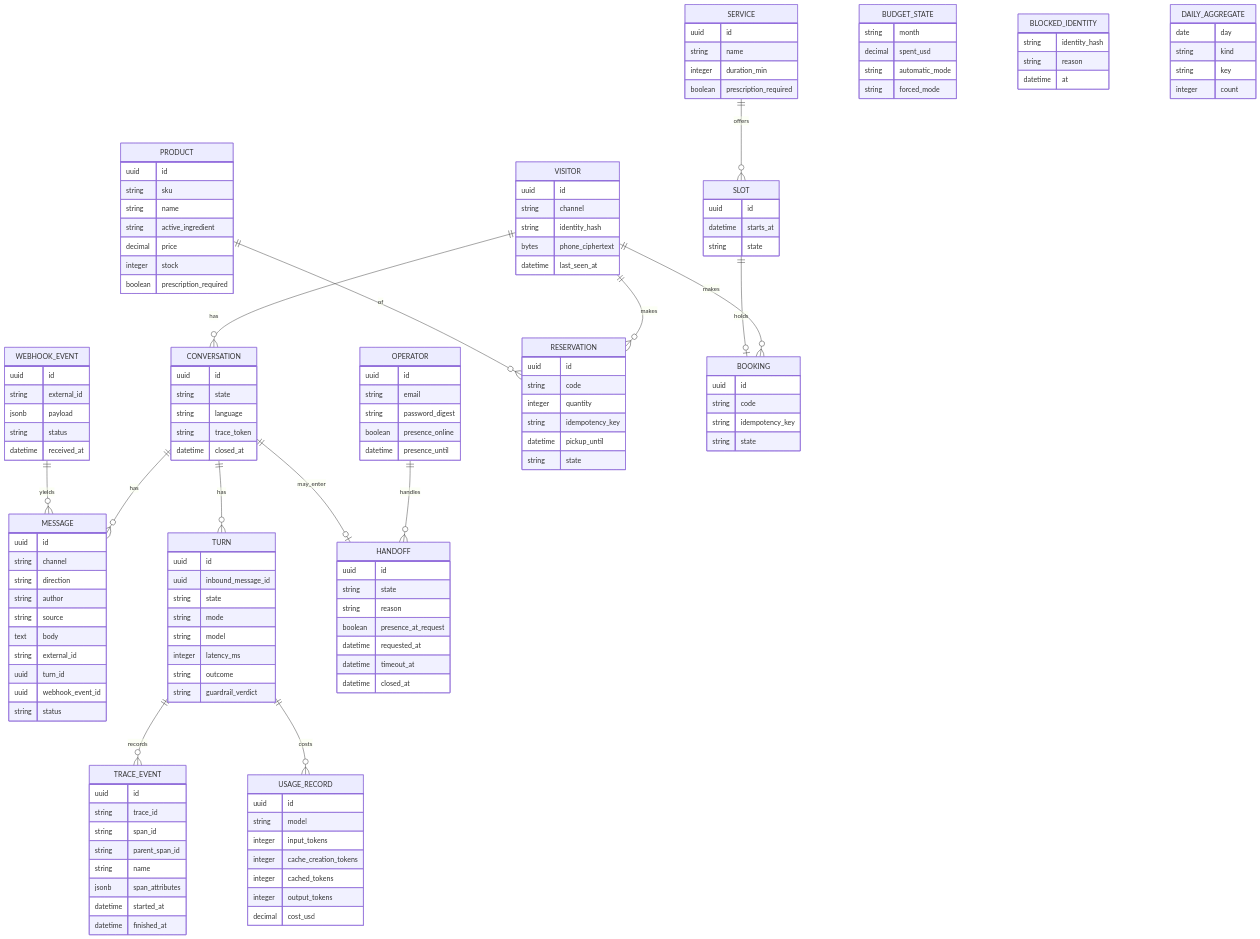
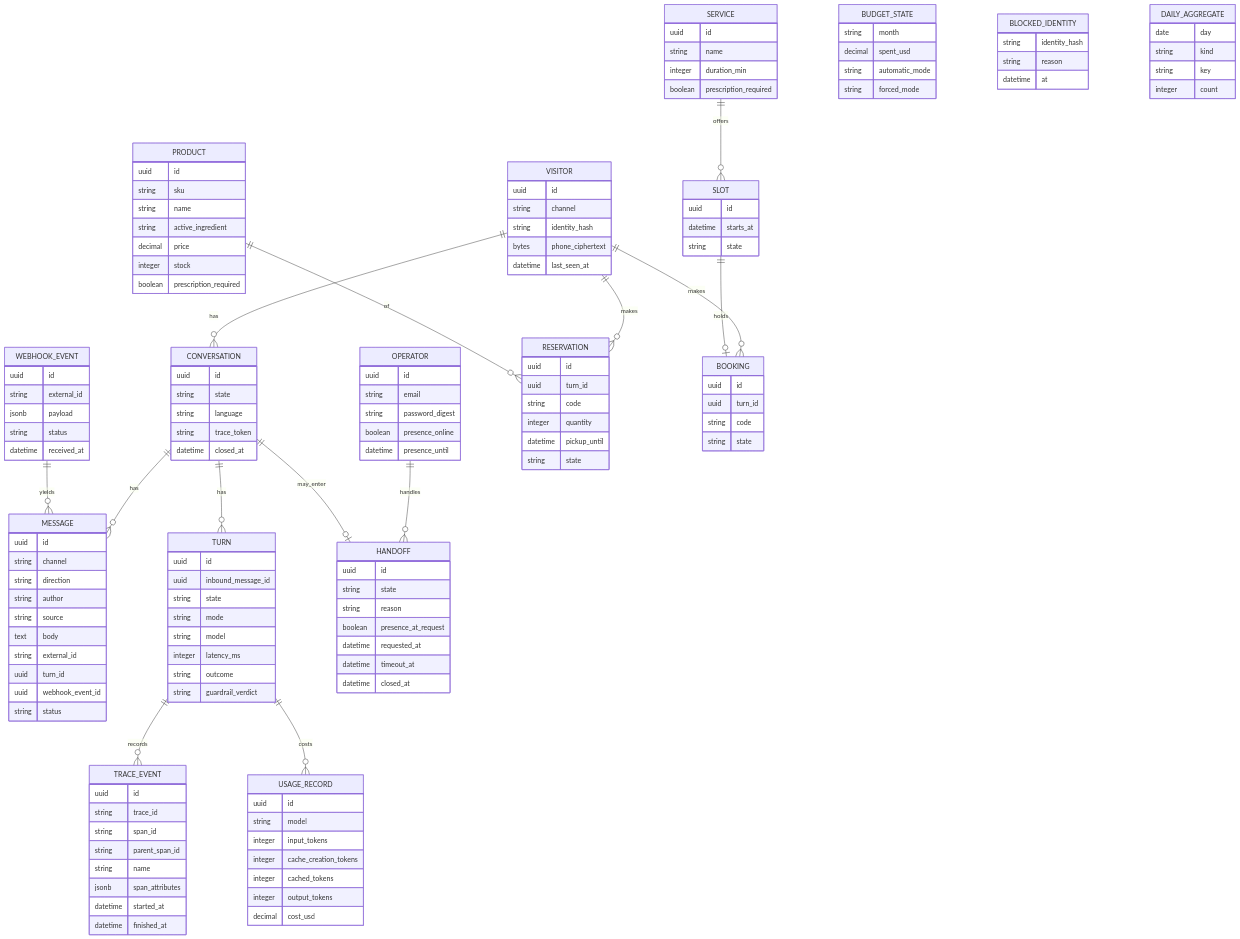
One commit to rafa-el-souza/balcao changed the third of 3 diagrams in docs/design.md. Above: the diagram before and after it, drawn with Mermaid. The commit also changed other lines of this file and 8 other files, not shown here.

First line of the commit message:
fix(db): key a reservation by its turn and product, not the tool_use id

```diff
--- a/docs/design.md
+++ b/docs/design.md
@@ -956,9 +959,9 @@
   }
   RESERVATION {
     uuid id
+    uuid turn_id
     string code
     integer quantity
-    string idempotency_key
     datetime pickup_until
     string state
   }
@@ -975,8 +978,8 @@
   }
   BOOKING {
     uuid id
+    uuid turn_id
     string code
-    string idempotency_key
     string state
   }
   HANDOFF {
```
